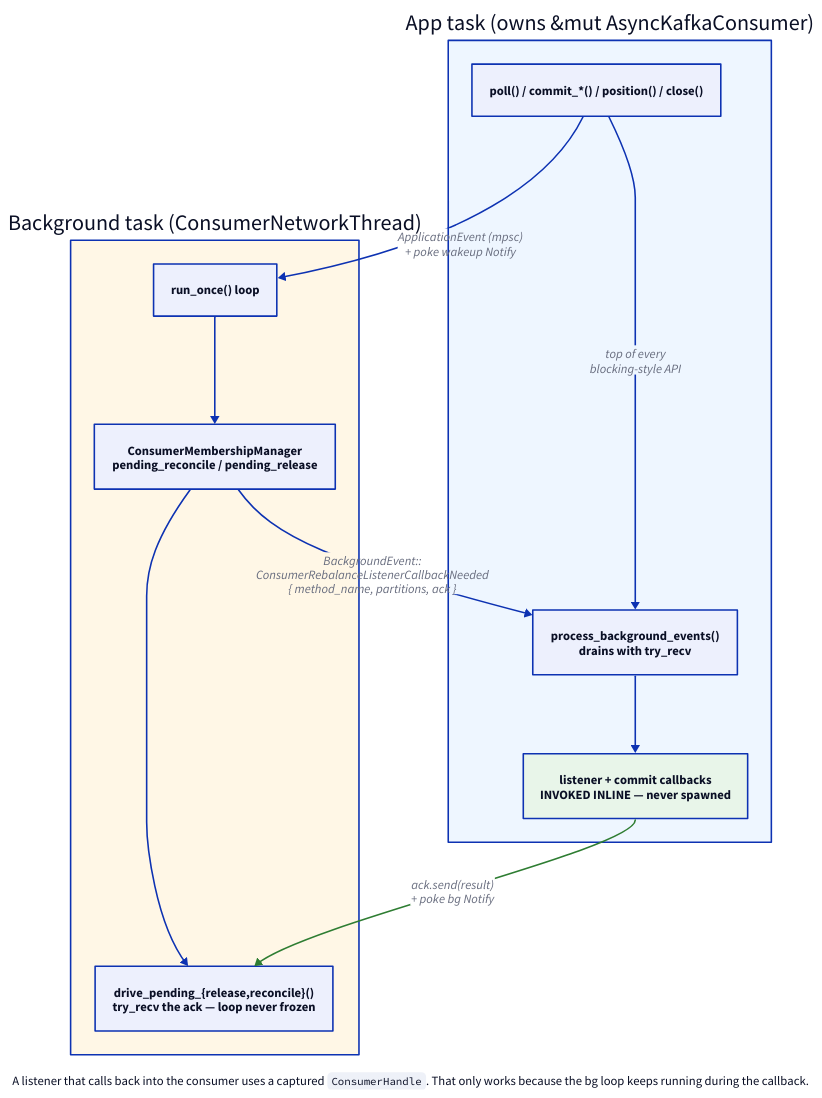
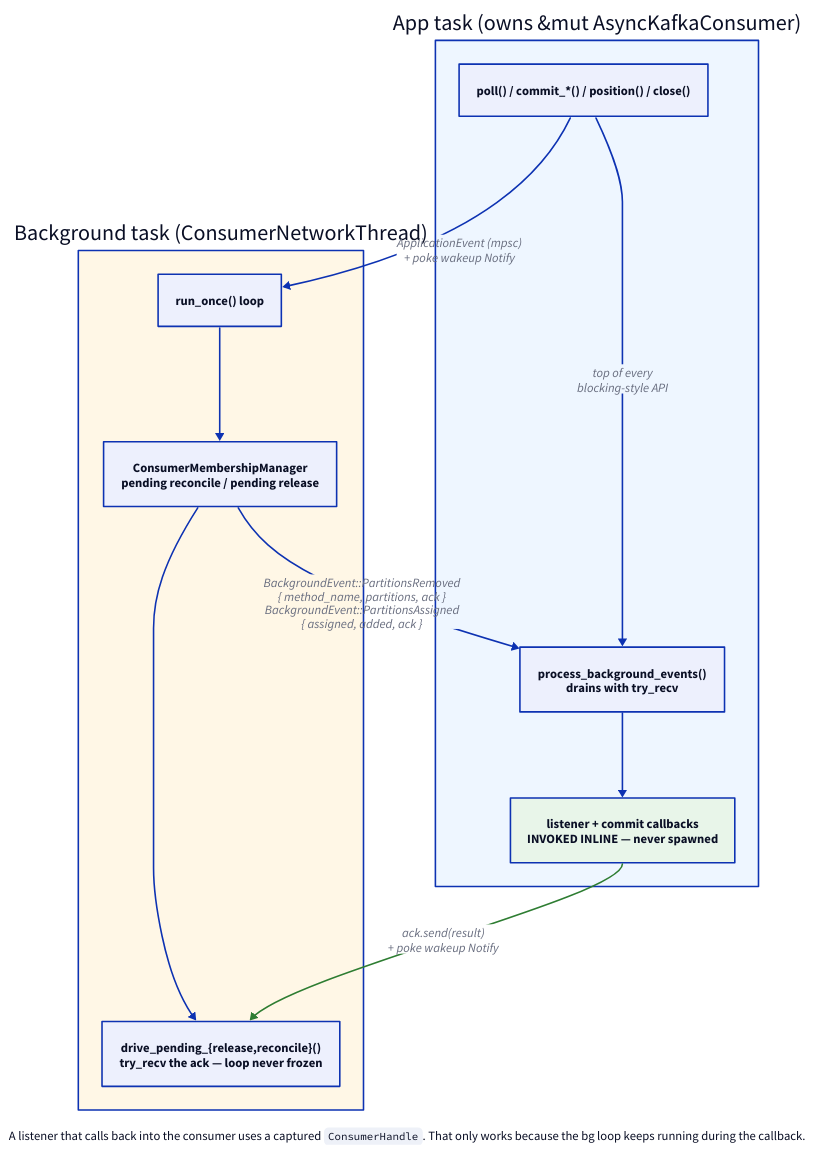
Before and after one commit to confluentinc/kafka-clients: the diagram in design/current/img/consumer-event-model.d2, drawn with D2. The commit also changed 1274 other files, not shown here.

```diff
--- a/design/current/img/consumer-event-model.d2
+++ b/design/current/img/consumer-event-model.d2
@@ -1,46 +1,45 @@
-# The consumer event & threading model, including the §31 rebalance-listener
-# handshake.
+# The consumer event & threading model.
 #
-# Source of truth for design/current/consumer-event-model.svg.
+# Source of truth for design/current/img/consumer-event-model.svg.
 # Render with: make -C design/current d2
 #
 # The point of this diagram: user callbacks always run on the app task, and
 # the bg loop keeps spinning while they do -- it gates only the membership
 # state transition on the ack, by try_recv-ing it each iteration.
 
 direction: down
 
 app: "App task (owns &mut AsyncKafkaConsumer)" {
   style.fill: "#eef6ff"
 
   api: "poll() / commit_*() / position() / close()"
   pbe: "process_background_events()\ndrains with try_recv"
   listener: "listener + commit callbacks\nINVOKED INLINE — never spawned" {
     style.fill: "#e8f5e9"
   }
 
   api -> pbe: "top of every\nblocking-style API"
   pbe -> listener
 }
 
 bg: "Background task (ConsumerNetworkThread)" {
   style.fill: "#fff7e6"
 
   loop: "run_once() loop"
-  mm: "ConsumerMembershipManager\npending_reconcile / pending_release"
+  mm: "ConsumerMembershipManager\npending reconcile / pending release"
   drive: "drive_pending_{release,reconcile}()\ntry_recv the ack — loop never frozen"
 
   loop -> mm -> drive
 }
 
 app.api -> bg.loop: "ApplicationEvent (mpsc)\n+ poke wakeup Notify"
-bg.mm -> app.pbe: "BackgroundEvent::\nConsumerRebalanceListenerCallbackNeeded\n{ method_name, partitions, ack }"
-app.listener -> bg.drive: "ack.send(result)\n+ poke bg Notify" {
+bg.mm -> app.pbe: "BackgroundEvent::PartitionsRemoved\n{ method_name, partitions, ack }\nBackgroundEvent::PartitionsAssigned\n{ assigned, added, ack }"
+app.listener -> bg.drive: "ack.send(result)\n+ poke wakeup Notify" {
   style.stroke: "#2e7d32"
 }
 
 note: |md
   A listener that calls back into the consumer uses a captured
   `ConsumerHandle`. That only works because the bg loop keeps
   running during the callback.
 | {near: bottom-center}
```
